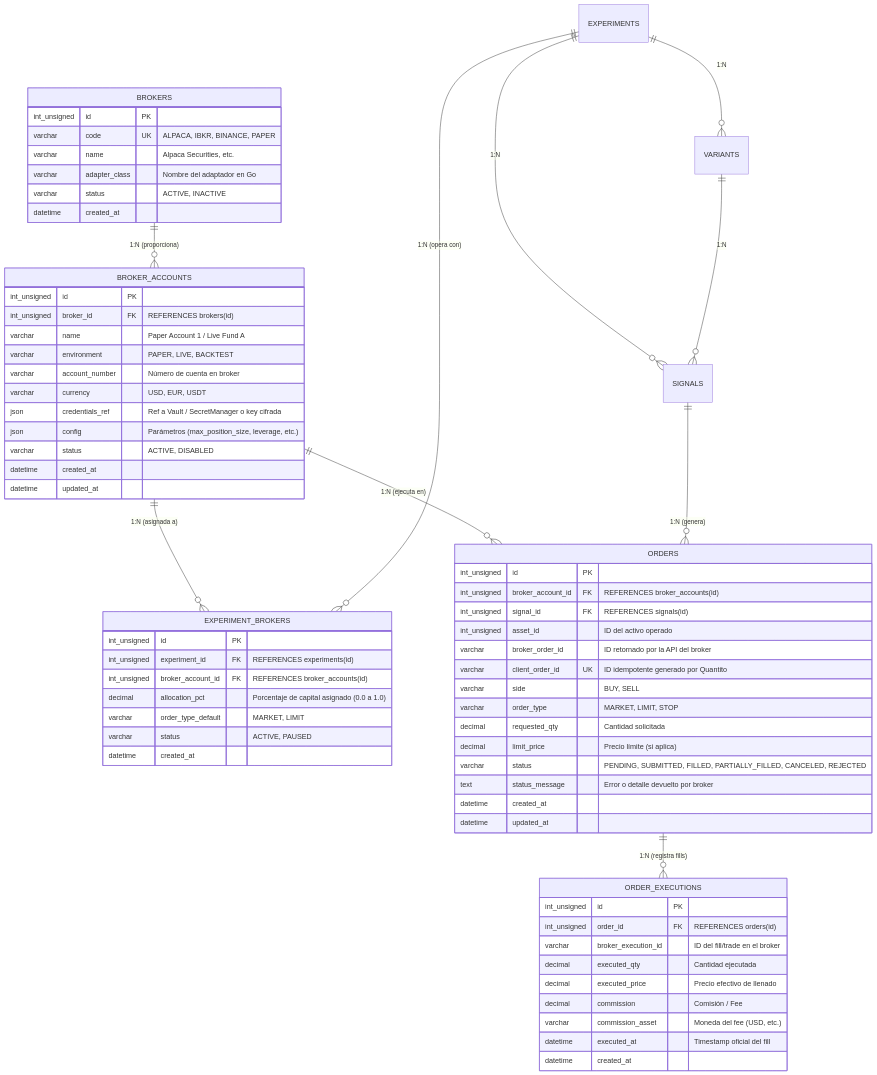
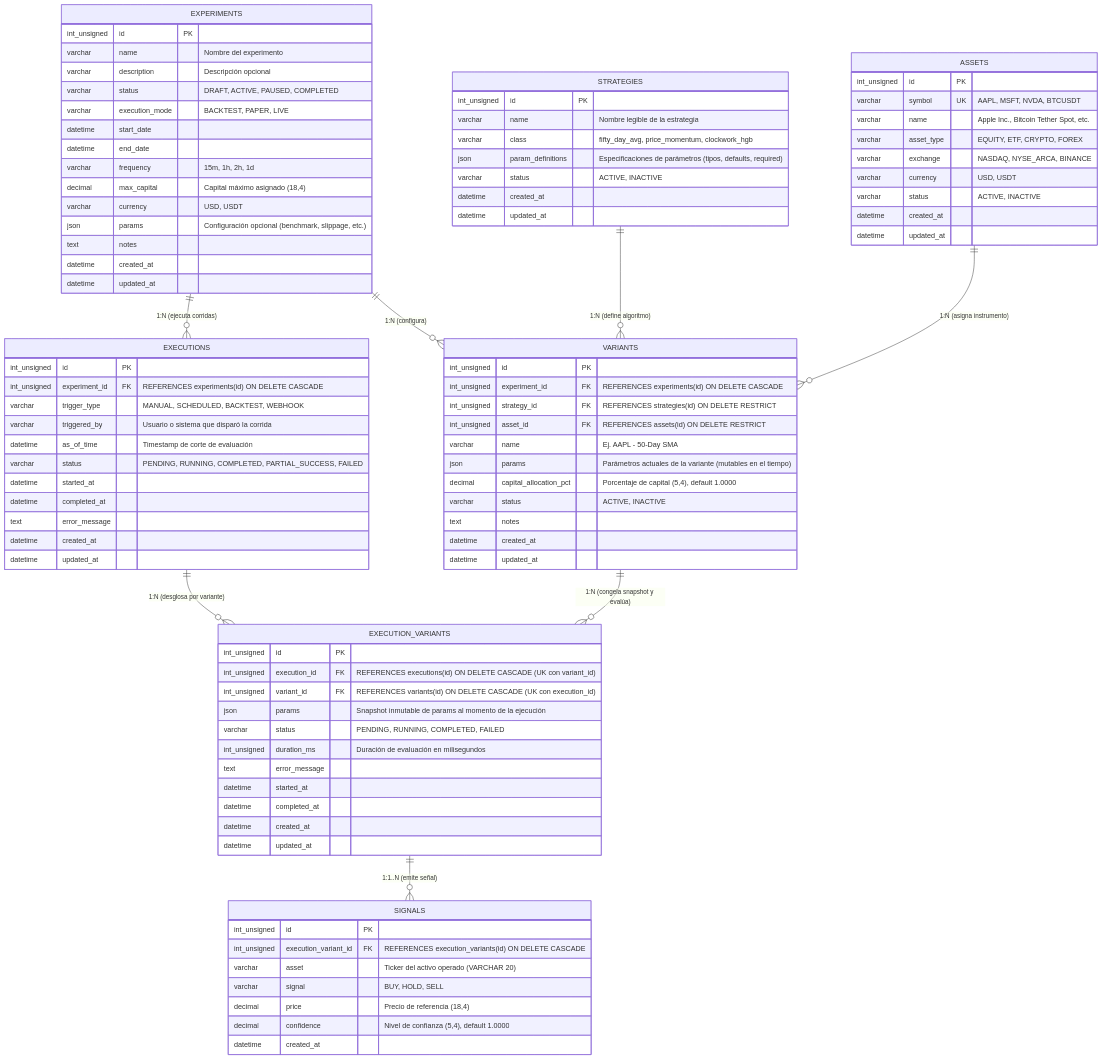
One commit to leandrogutierrez148/quantito-engine changed the diagram in docs/relational-diagram.mmd. Above: the diagram before and after it, drawn with Mermaid. The commit also changed other lines of this file and 20 other files, not shown here.

```diff
--- a/docs/relational-diagram.mmd
+++ b/docs/relational-diagram.mmd
@@ -1,77 +1,102 @@
 erDiagram
-    %% Tablas Existentes
-    EXPERIMENTS ||--o{ VARIANTS : "1:N"
-    EXPERIMENTS ||--o{ SIGNALS : "1:N"
-    VARIANTS ||--o{ SIGNALS : "1:N"
+    %% Relaciones de Especificación, Activos y Configuración
+    EXPERIMENTS ||--o{ VARIANTS : "1:N (configura)"
+    STRATEGIES ||--o{ VARIANTS : "1:N (define algoritmo)"
+    ASSETS ||--o{ VARIANTS : "1:N (asigna instrumento)"
 
-    %% Nuevas Tablas de Broker
-    BROKERS ||--o{ BROKER_ACCOUNTS : "1:N (proporciona)"
-    BROKER_ACCOUNTS ||--o{ EXPERIMENT_BROKERS : "1:N (asignada a)"
-    EXPERIMENTS ||--o{ EXPERIMENT_BROKERS : "1:N (opera con)"
-    
-    %% Ejecución y Órdenes
-    BROKER_ACCOUNTS ||--o{ ORDERS : "1:N (ejecuta en)"
-    SIGNALS ||--o{ ORDERS : "1:N (genera)"
-    ORDERS ||--o{ ORDER_EXECUTIONS : "1:N (registra fills)"
+    %% Relaciones de Ciclo de Vida de Ejecución y Señales
+    EXPERIMENTS ||--o{ EXECUTIONS : "1:N (ejecuta corridas)"
+    EXECUTIONS ||--o{ EXECUTION_VARIANTS : "1:N (desglosa por variante)"
+    VARIANTS ||--o{ EXECUTION_VARIANTS : "1:N (congela snapshot y evalúa)"
+    EXECUTION_VARIANTS ||--o{ SIGNALS : "1:1..N (emite señal)"
 
-    BROKERS {
+    ASSETS {
         int_unsigned id PK
-        varchar code UK "ALPACA, IBKR, BINANCE, PAPER"
-        varchar name "Alpaca Securities, etc."
-        varchar adapter_class "Nombre del adaptador en Go"
+        varchar symbol UK "AAPL, MSFT, NVDA, BTCUSDT"
+        varchar name "Apple Inc., Bitcoin Tether Spot, etc."
+        varchar asset_type "EQUITY, ETF, CRYPTO, FOREX"
+        varchar exchange "NASDAQ, NYSE_ARCA, BINANCE"
+        varchar currency "USD, USDT"
         varchar status "ACTIVE, INACTIVE"
-        datetime created_at
-    }
-
-    BROKER_ACCOUNTS {
-        int_unsigned id PK
-        int_unsigned broker_id FK "REFERENCES brokers(id)"
-        varchar name "Paper Account 1 / Live Fund A"
-        varchar environment "PAPER, LIVE, BACKTEST"
-        varchar account_number "Número de cuenta en broker"
-        varchar currency "USD, EUR, USDT"
-        json credentials_ref "Ref a Vault / SecretManager o key cifrada"
-        json config "Parámetros (max_position_size, leverage, etc.)"
-        varchar status "ACTIVE, DISABLED"
         datetime created_at
         datetime updated_at
     }
 
-    EXPERIMENT_BROKERS {
+    EXPERIMENTS {
         int_unsigned id PK
-        int_unsigned experiment_id FK "REFERENCES experiments(id)"
-        int_unsigned broker_account_id FK "REFERENCES broker_accounts(id)"
-        decimal allocation_pct "Porcentaje de capital asignado (0.0 a 1.0)"
-        varchar order_type_default "MARKET, LIMIT"
-        varchar status "ACTIVE, PAUSED"
-        datetime created_at
-    }
-
-    ORDERS {
-        int_unsigned id PK
-        int_unsigned broker_account_id FK "REFERENCES broker_accounts(id)"
-        int_unsigned signal_id FK "REFERENCES signals(id)"
-        int_unsigned asset_id "ID del activo operado"
-        varchar broker_order_id "ID retornado por la API del broker"
-        varchar client_order_id UK "ID idempotente generado por Quantito"
-        varchar side "BUY, SELL"
-        varchar order_type "MARKET, LIMIT, STOP"
-        decimal requested_qty "Cantidad solicitada"
-        decimal limit_price "Precio límite (si aplica)"
-        varchar status "PENDING, SUBMITTED, FILLED, PARTIALLY_FILLED, CANCELED, REJECTED"
-        text status_message "Error o detalle devuelto por broker"
+        varchar name "Nombre del experimento"
+        varchar description "Descripción opcional"
+        varchar status "DRAFT, ACTIVE, PAUSED, COMPLETED"
+        varchar execution_mode "BACKTEST, PAPER, LIVE"
+        datetime start_date
+        datetime end_date
+        varchar frequency "15m, 1h, 2h, 1d"
+        decimal max_capital "Capital máximo asignado (18,4)"
+        varchar currency "USD, USDT"
+        json params "Configuración opcional (benchmark, slippage, etc.)"
+        text notes
         datetime created_at
         datetime updated_at
     }
 
-    ORDER_EXECUTIONS {
+    STRATEGIES {
         int_unsigned id PK
-        int_unsigned order_id FK "REFERENCES orders(id)"
-        varchar broker_execution_id "ID del fill/trade en el broker"
-        decimal executed_qty "Cantidad ejecutada"
-        decimal executed_price "Precio efectivo de llenado"
-        decimal commission "Comisión / Fee"
-        varchar commission_asset "Moneda del fee (USD, etc.)"
-        datetime executed_at "Timestamp oficial del fill"
+        varchar name "Nombre legible de la estrategia"
+        varchar class "fifty_day_avg, price_momentum, clockwork_hgb"
+        json param_definitions "Especificaciones de parámetros (tipos, defaults, required)"
+        varchar status "ACTIVE, INACTIVE"
+        datetime created_at
+        datetime updated_at
+    }
+
+    VARIANTS {
+        int_unsigned id PK
+        int_unsigned experiment_id FK "REFERENCES experiments(id) ON DELETE CASCADE"
+        int_unsigned strategy_id FK "REFERENCES strategies(id) ON DELETE RESTRICT"
+        int_unsigned asset_id FK "REFERENCES assets(id) ON DELETE RESTRICT"
+        varchar name "Ej. AAPL - 50-Day SMA"
+        json params "Parámetros actuales de la variante (mutables en el tiempo)"
+        decimal capital_allocation_pct "Porcentaje de capital (5,4), default 1.0000"
+        varchar status "ACTIVE, INACTIVE"
+        text notes
+        datetime created_at
+        datetime updated_at
+    }
+
+    EXECUTIONS {
+        int_unsigned id PK
+        int_unsigned experiment_id FK "REFERENCES experiments(id) ON DELETE CASCADE"
+        varchar trigger_type "MANUAL, SCHEDULED, BACKTEST, WEBHOOK"
+        varchar triggered_by "Usuario o sistema que disparó la corrida"
+        datetime as_of_time "Timestamp de corte de evaluación"
+        varchar status "PENDING, RUNNING, COMPLETED, PARTIAL_SUCCESS, FAILED"
+        datetime started_at
+        datetime completed_at
+        text error_message
+        datetime created_at
+        datetime updated_at
+    }
+
+    EXECUTION_VARIANTS {
+        int_unsigned id PK
+        int_unsigned execution_id FK "REFERENCES executions(id) ON DELETE CASCADE (UK con variant_id)"
+        int_unsigned variant_id FK "REFERENCES variants(id) ON DELETE CASCADE (UK con execution_id)"
+        json params "Snapshot inmutable de params al momento de la ejecución"
+        varchar status "PENDING, RUNNING, COMPLETED, FAILED"
+        int_unsigned duration_ms "Duración de evaluación en milisegundos"
+        text error_message
+        datetime started_at
+        datetime completed_at
+        datetime created_at
+        datetime updated_at
+    }
+
+    SIGNALS {
+        int_unsigned id PK
+        int_unsigned execution_variant_id FK "REFERENCES execution_variants(id) ON DELETE CASCADE"
+        varchar asset "Ticker del activo operado (VARCHAR 20)"
+        varchar signal "BUY, HOLD, SELL"
+        decimal price "Precio de referencia (18,4)"
+        decimal confidence "Nivel de confianza (5,4), default 1.0000"
         datetime created_at
     }
```
